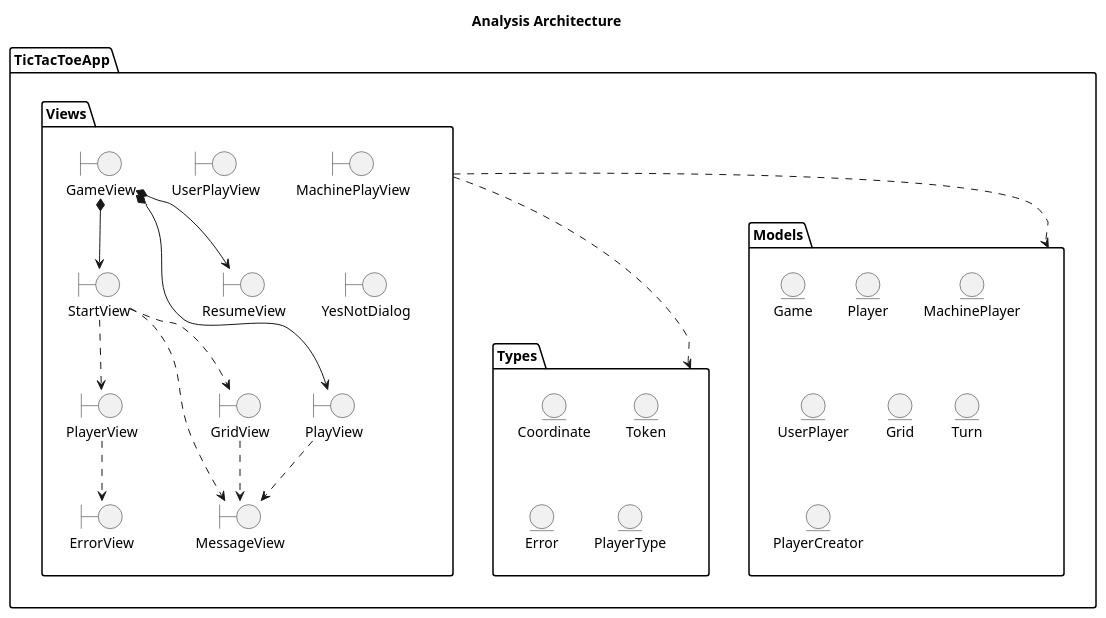
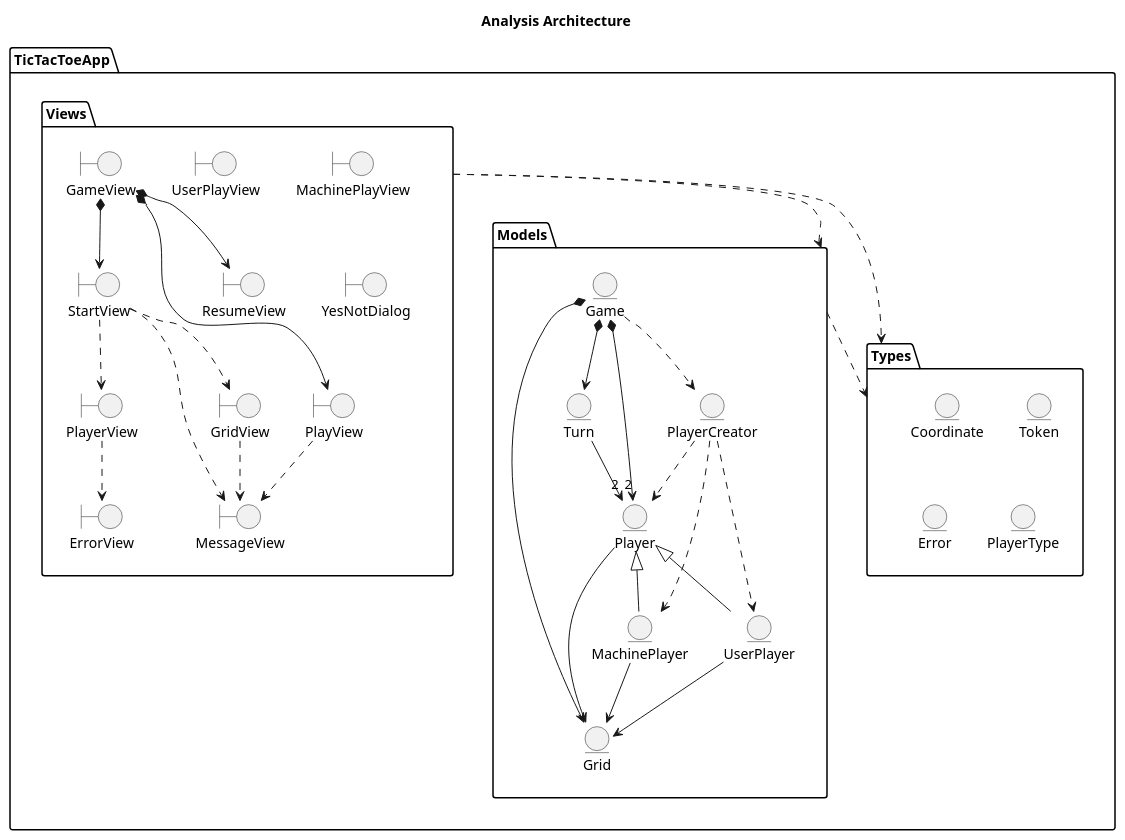
The first of 9 diagrams in src/DocumentView/Basic/Docs/Analysis.plantuml (franpaulinoinfante/TicTacToe), drawn with PlantUML before and after one commit. The commit also changed other lines of this file, not shown here.

```diff
--- a/src/DocumentView/Basic/Docs/Analysis.plantuml
+++ b/src/DocumentView/Basic/Docs/Analysis.plantuml
@@ -1,51 +1,71 @@
 @startuml Analysis Architecture
     title Analysis Architecture
 
     package TicTacToeApp{
         package Views{
             boundary GameView
             boundary StartView
             boundary PlayView
             boundary UserPlayView
             boundary MachinePlayView
             boundary ResumeView
             boundary MessageView
             boundary PlayerView
             boundary ErrorView
             boundary GridView
             boundary YesNotDialog
 
             GameView *--> StartView
             GameView *--> PlayView
             GameView *--> ResumeView
 
             StartView ..> MessageView
             StartView ..> PlayerView
                 PlayerView ..> ErrorView
                 PlayView ..> MessageView
             StartView ..> GridView
                 GridView ..> MessageView
 
             
         }
         Views ..> Models
         Views ..> Types
 
         package Models{
             entity Game
             entity Player
             entity MachinePlayer
             entity UserPlayer
             entity Grid
             entity Turn
             entity PlayerCreator
 
-            package Types{
-                entity Coordinate
-                entity Token
-                entity Error
-                entity PlayerType
-            }
+            Game *--> "2" Player
+            Game *--> Grid
+            Game *--> Turn
+            Game ..> PlayerCreator
+
+            Turn --> "2" Player
+            
+            Player --> Grid
+            Player <|-- UserPlayer
+            Player <|-- MachinePlayer
+
+            PlayerCreator ..> Player
+            PlayerCreator ..> UserPlayer
+            PlayerCreator ..> MachinePlayer
+
+            UserPlayer --> Grid            
+            MachinePlayer --> Grid
+            
+        }
+        Models ..> Types
+        
+        package Types{
+            entity Coordinate
+            entity Token
+            entity Error
+            entity PlayerType
         }
     }
 @enduml
```
